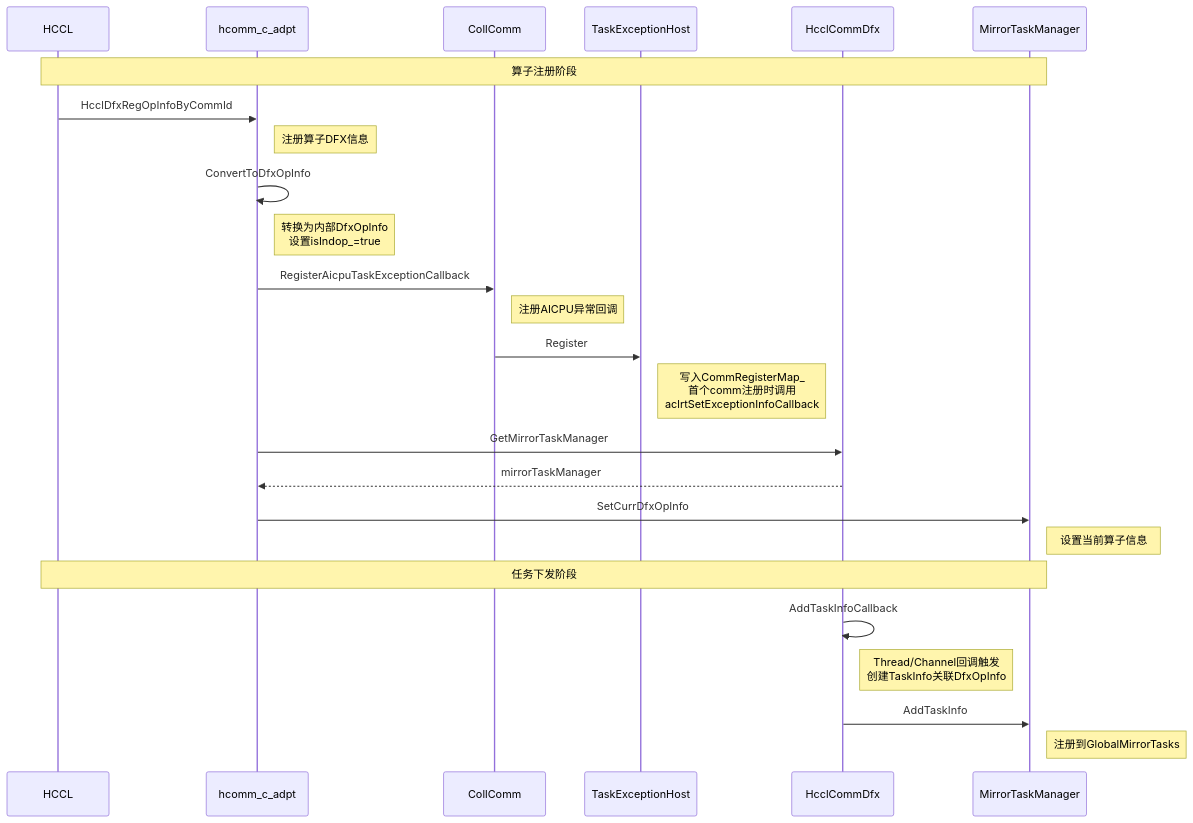
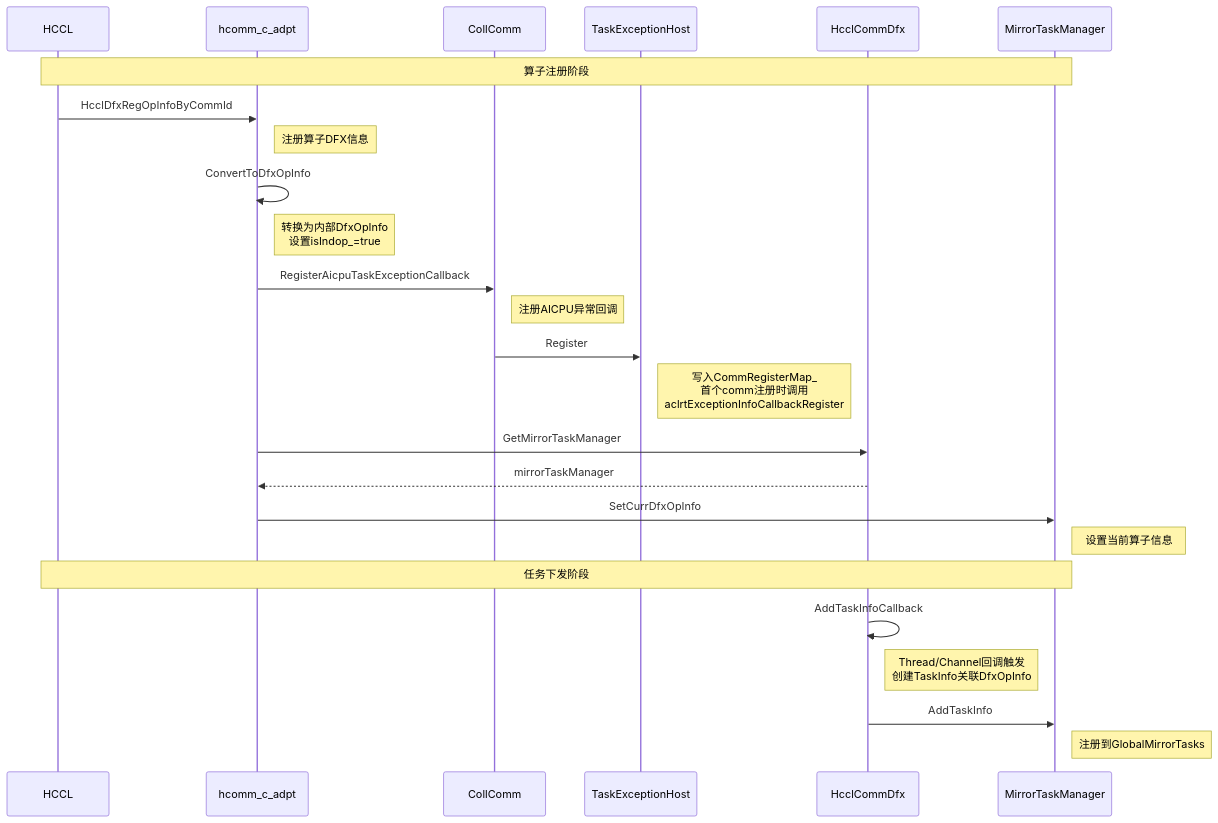
The second of 8 diagrams in src/coll_communicator_mgr/dfx/taskException/taskException.md (hicann/hcomm), drawn with Mermaid before and after one commit. The commit also changed other lines of this file and 10 other files, not shown here.

First paragraph of the commit message:
[fix] 替换 deprecated aclrtSetExceptionInfoCallback 为新接口 Register/Unregister

````diff
--- a/src/coll_communicator_mgr/dfx/taskException/taskException.md
+++ b/src/coll_communicator_mgr/dfx/taskException/taskException.md
@@ -128,35 +128,35 @@
 ```mermaid
 sequenceDiagram
     participant HCCL
     participant hcomm_c_adpt
     participant CollComm
     participant TaskExceptionHost
     participant HcclCommDfx
     participant MirrorTaskManager
 
     Note over HCCL,MirrorTaskManager: 算子注册阶段
 
     HCCL->>hcomm_c_adpt: HcclDfxRegOpInfoByCommId
     Note right of hcomm_c_adpt: 注册算子DFX信息
 
     hcomm_c_adpt->>hcomm_c_adpt: ConvertToDfxOpInfo
     Note right of hcomm_c_adpt: 转换为内部DfxOpInfo<br/>设置isIndop_=true
 
     hcomm_c_adpt->>CollComm: RegisterAicpuTaskExceptionCallback
     Note right of CollComm: 注册AICPU异常回调
 
     CollComm->>TaskExceptionHost: Register
-    Note right of TaskExceptionHost: 写入CommRegisterMap_<br/>首个comm注册时调用<br/>aclrtSetExceptionInfoCallback
+    Note right of TaskExceptionHost: 写入CommRegisterMap_<br/>首个comm注册时调用<br/>aclrtExceptionInfoCallbackRegister
 
     hcomm_c_adpt->>HcclCommDfx: GetMirrorTaskManager
     HcclCommDfx-->>hcomm_c_adpt: mirrorTaskManager
     hcomm_c_adpt->>MirrorTaskManager: SetCurrDfxOpInfo
     Note right of MirrorTaskManager: 设置当前算子信息
 
     Note over HCCL,MirrorTaskManager: 任务下发阶段
 
     HcclCommDfx->>HcclCommDfx: AddTaskInfoCallback
     Note right of HcclCommDfx: Thread/Channel回调触发<br/>创建TaskInfo关联DfxOpInfo
     HcclCommDfx->>MirrorTaskManager: AddTaskInfo
     Note right of MirrorTaskManager: 注册到GlobalMirrorTasks
 ```
````
